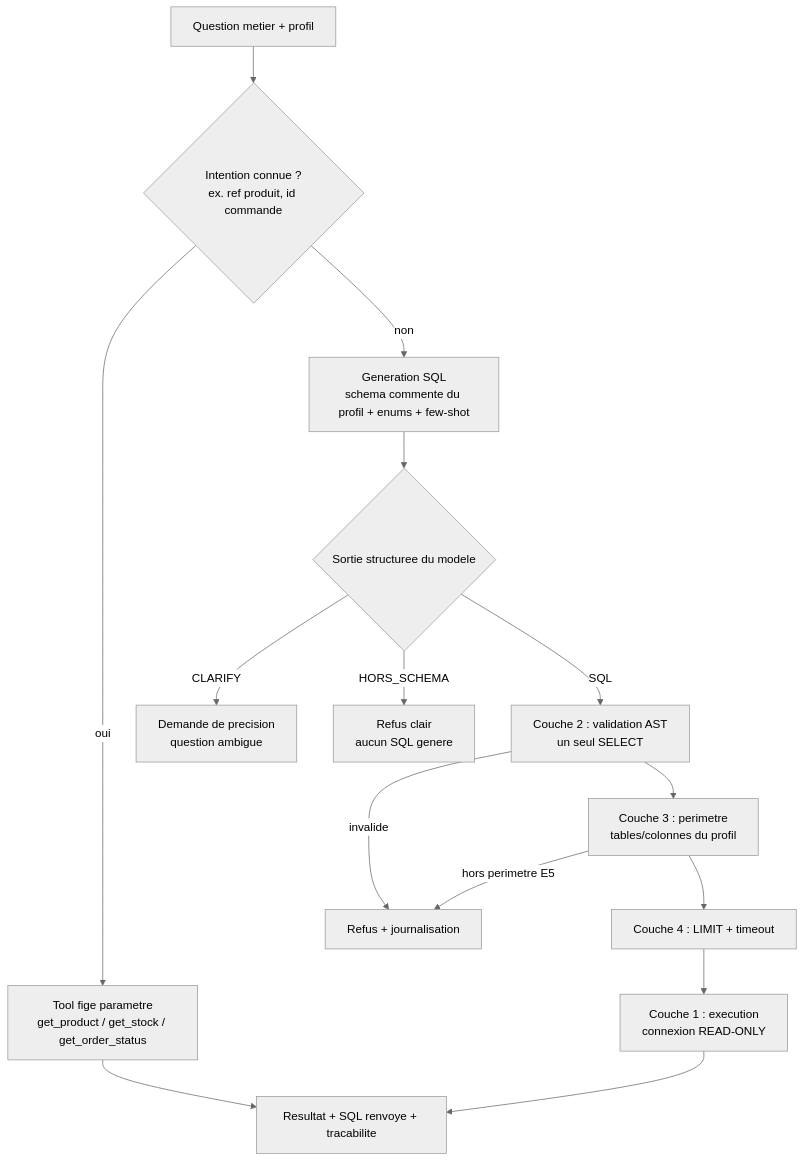
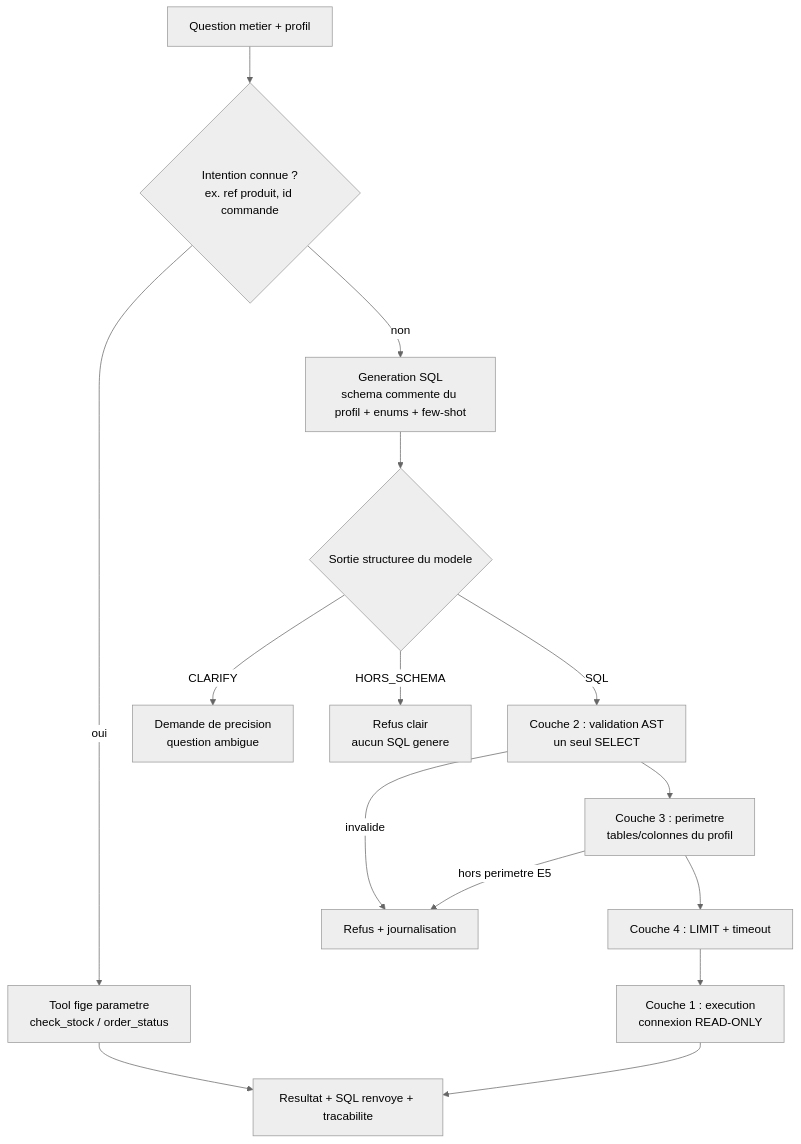
The first of 4 diagrams in docs/conception/02_tools_text2sql.md (Bealph/sorabel-gateway), drawn with Mermaid (neutral theme) before and after one commit. The commit also changed other lines of this file and 17 other files, not shown here.

````diff
--- a/docs/conception/02_tools_text2sql.md
+++ b/docs/conception/02_tools_text2sql.md
@@ -15,17 +15,17 @@
 ```mermaid
 flowchart TD
     U[Question metier + profil] --> RT{Intention connue ?<br/>ex. ref produit, id commande}
-    RT -->|oui| FX[Tool fige parametre<br/>get_product / get_stock / get_order_status]
+    RT -->|oui| FX["Tool fige parametre<br/>check_stock / order_status"]
     RT -->|non| GEN[Generation SQL<br/>schema commente du profil + enums + few-shot]
     GEN --> CL{Sortie structuree du modele}
     CL -->|CLARIFY| ASK[Demande de precision<br/>question ambigue]
     CL -->|HORS_SCHEMA| REF[Refus clair<br/>aucun SQL genere]
     CL -->|SQL| V1[Couche 2 : validation AST<br/>un seul SELECT]
     V1 -->|invalide| REFJ[Refus + journalisation]
     V1 --> V2[Couche 3 : perimetre<br/>tables/colonnes du profil]
     V2 -->|hors perimetre E5| REFJ
     V2 --> V3[Couche 4 : LIMIT + timeout]
     V3 --> EX[Couche 1 : execution<br/>connexion READ-ONLY]
     FX --> OUT[Resultat + SQL renvoye + tracabilite]
     EX --> OUT
 ```
````
